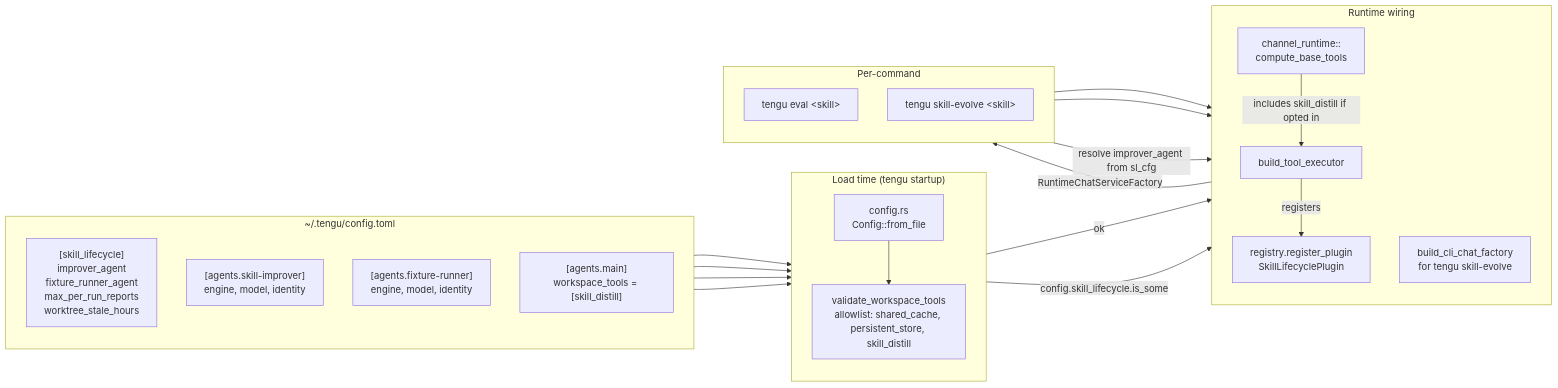
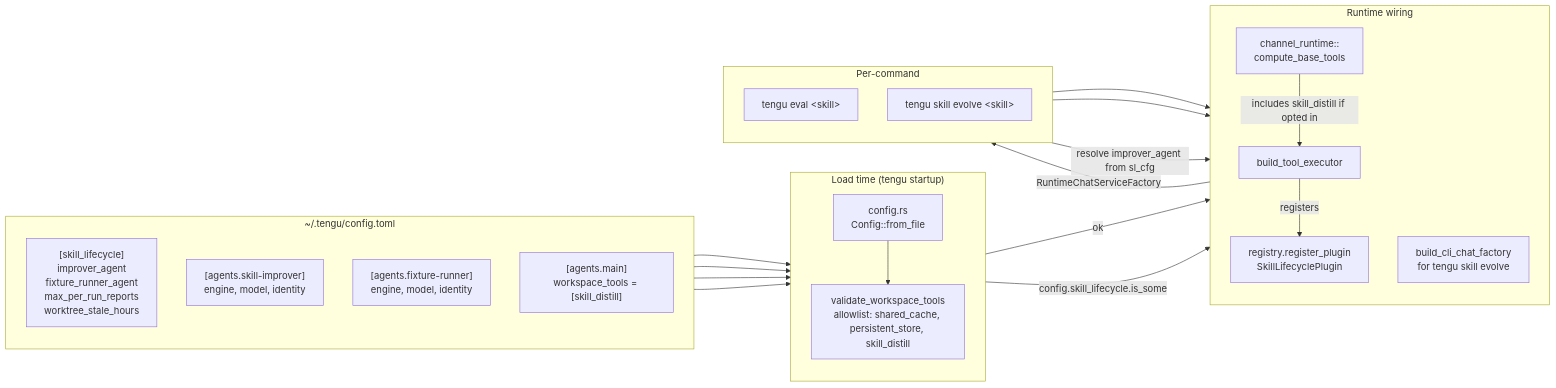
Before and after one commit to DemidovVladimir/tengu-cluster: the eighth of 8 diagrams in docs/skill-lifecycle-pipeline-diagrams.md, drawn with Mermaid. The commit also changed other lines of this file and 81 other files, not shown here.

````diff
--- a/docs/skill-lifecycle-pipeline-diagrams.md
+++ b/docs/skill-lifecycle-pipeline-diagrams.md
@@ -569,43 +569,43 @@
 ```mermaid
 flowchart LR
     subgraph TOML["~/.tengu/config.toml"]
         direction TB
         cfg_sl["[skill_lifecycle]<br/>improver_agent<br/>fixture_runner_agent<br/>max_per_run_reports<br/>worktree_stale_hours"]
         cfg_imp["[agents.skill-improver]<br/>engine, model, identity"]
         cfg_fr["[agents.fixture-runner]<br/>engine, model, identity"]
         cfg_main["[agents.main]<br/>workspace_tools = [skill_distill]"]
     end
 
     subgraph Load["Load time (tengu startup)"]
         direction TB
         parse[config.rs<br/>Config::from_file]
         validate[validate_workspace_tools<br/>allowlist: shared_cache, persistent_store, skill_distill]
     end
 
     subgraph Runtime["Runtime wiring"]
         direction TB
         cbt[channel_runtime::<br/>compute_base_tools]
         bte[build_tool_executor]
         reg[registry.register_plugin<br/>SkillLifecyclePlugin]
-        bccf[build_cli_chat_factory<br/>for tengu skill-evolve]
+        bccf[build_cli_chat_factory<br/>for tengu skill evolve]
     end
 
     subgraph Invoke["Per-command"]
         direction TB
         eval_inv[tengu eval &lt;skill&gt;]
-        evolve_inv[tengu skill-evolve &lt;skill&gt;]
+        evolve_inv[tengu skill evolve &lt;skill&gt;]
     end
 
     cfg_sl --> parse
     cfg_imp & cfg_fr & cfg_main --> parse
     parse --> validate
     validate -->|ok| cbt
     cbt -->|includes skill_distill if opted in| bte
     bte -->|registers| reg
     parse -->|config.skill_lifecycle.is_some| bccf
 
     eval_inv --> cbt
     evolve_inv --> bccf
     evolve_inv -->|resolve improver_agent from sl_cfg| bccf
     bccf -->|RuntimeChatServiceFactory| evolve_inv
 ```
````
